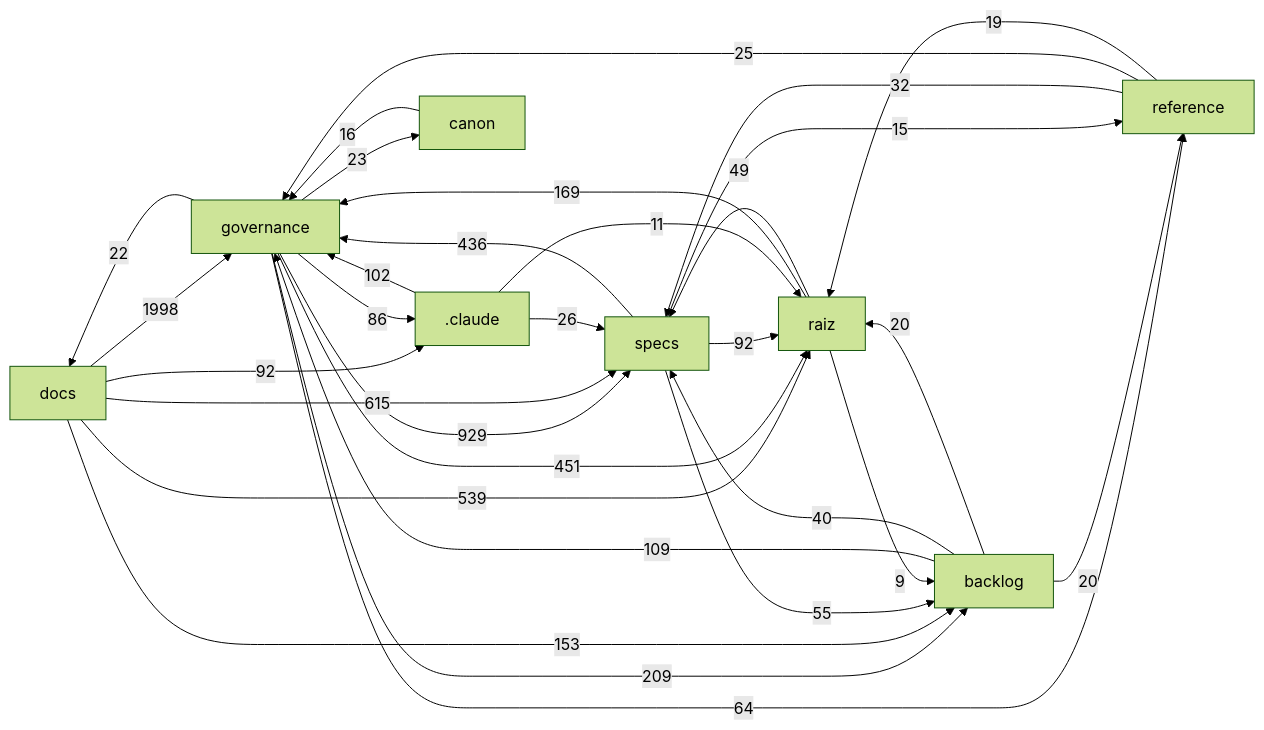
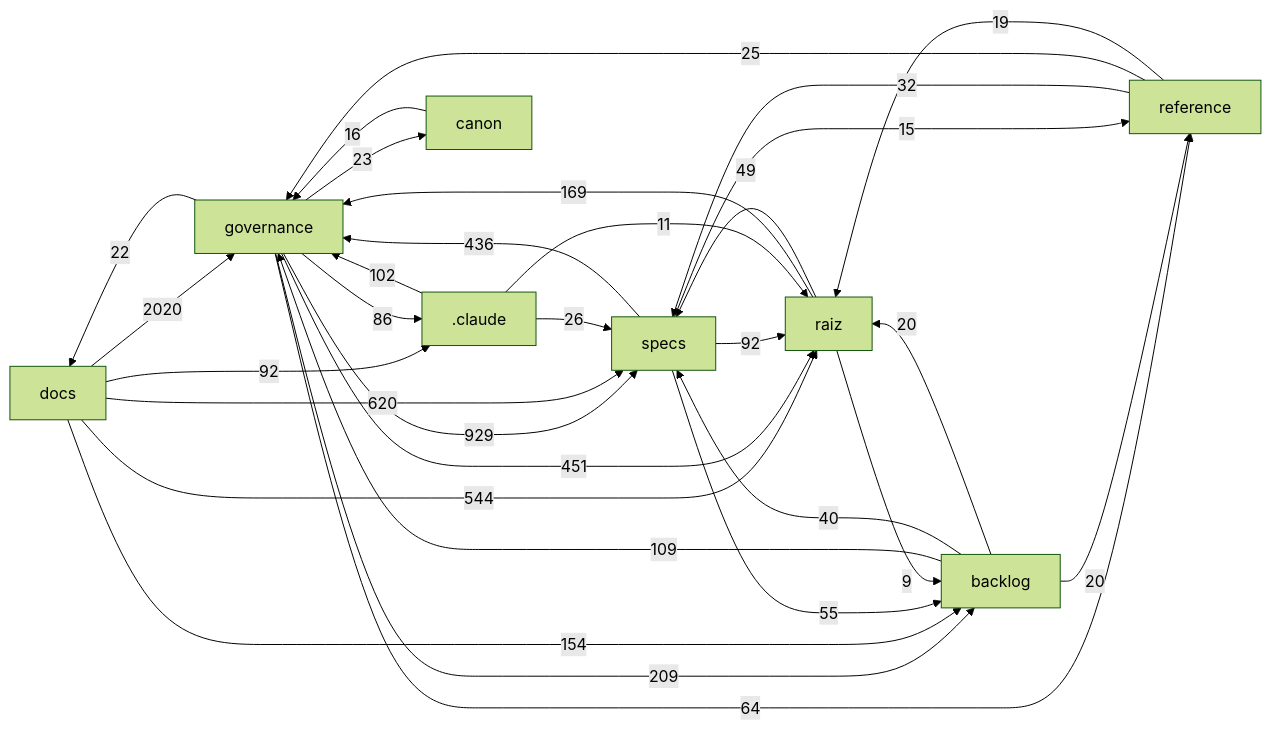
One commit to Andraus35/Sistema-Operacional-de-Trading--SOT changed the diagram in docs/mapa/MAPA-PROJETO.md. Above: the diagram before and after it, drawn with Mermaid (forest theme). The commit also changed other lines of this file and 6 other files, not shown here.

````diff
--- a/docs/mapa/MAPA-PROJETO.md
+++ b/docs/mapa/MAPA-PROJETO.md
@@ -29,33 +29,33 @@
 ```mermaid
 flowchart LR
-  docs["docs"] -->|1998| governance["governance"]
+  docs["docs"] -->|2020| governance["governance"]
   governance["governance"] -->|929| specs["specs"]
-  docs["docs"] -->|615| specs["specs"]
-  docs["docs"] -->|539| raiz["raiz"]
+  docs["docs"] -->|620| specs["specs"]
+  docs["docs"] -->|544| raiz["raiz"]
   governance["governance"] -->|451| raiz["raiz"]
   specs["specs"] -->|436| governance["governance"]
   governance["governance"] -->|209| backlog["backlog"]
   raiz["raiz"] -->|169| governance["governance"]
-  docs["docs"] -->|153| backlog["backlog"]
+  docs["docs"] -->|154| backlog["backlog"]
   backlog["backlog"] -->|109| governance["governance"]
   _claude[".claude"] -->|102| governance["governance"]
   docs["docs"] -->|92| _claude[".claude"]
   specs["specs"] -->|92| raiz["raiz"]
   governance["governance"] -->|86| _claude[".claude"]
   governance["governance"] -->|64| reference["reference"]
   specs["specs"] -->|55| backlog["backlog"]
   raiz["raiz"] -->|49| specs["specs"]
   backlog["backlog"] -->|40| specs["specs"]
   reference["reference"] -->|32| specs["specs"]
   _claude[".claude"] -->|26| specs["specs"]
   reference["reference"] -->|25| governance["governance"]
   governance["governance"] -->|23| canon["canon"]
   governance["governance"] -->|22| docs["docs"]
   backlog["backlog"] -->|20| raiz["raiz"]
   backlog["backlog"] -->|20| reference["reference"]
   reference["reference"] -->|19| raiz["raiz"]
   canon["canon"] -->|16| governance["governance"]
   specs["specs"] -->|15| reference["reference"]
   _claude[".claude"] -->|11| raiz["raiz"]
   raiz["raiz"] -->|9| backlog["backlog"]
 ```
````
